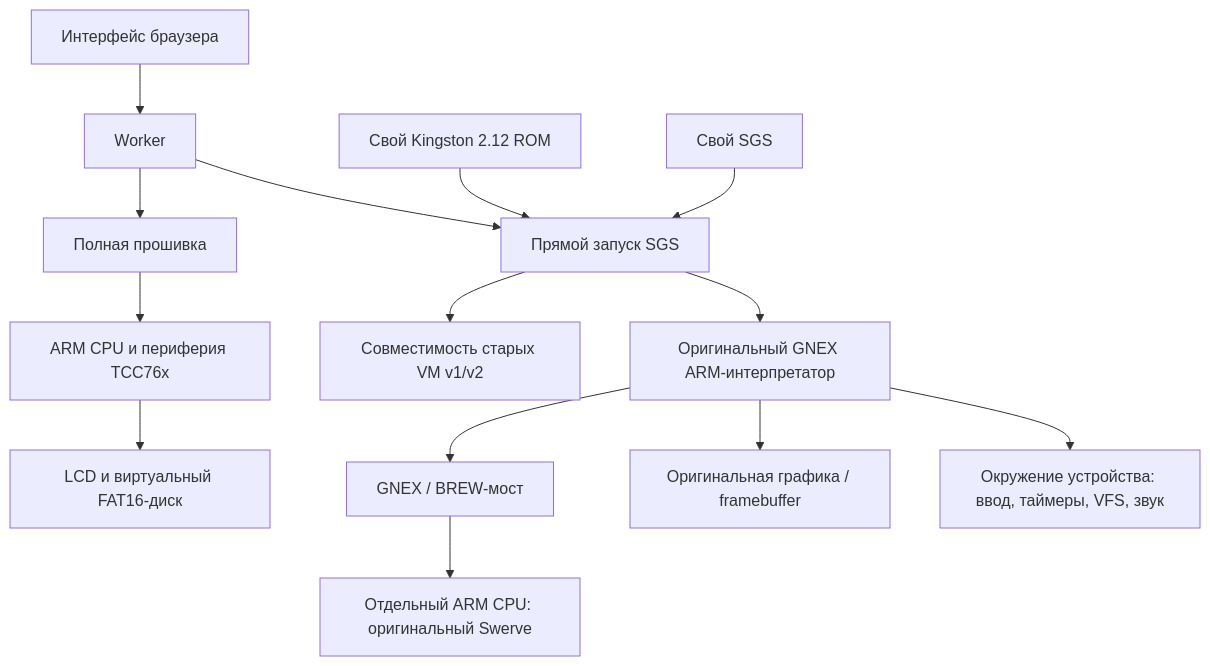
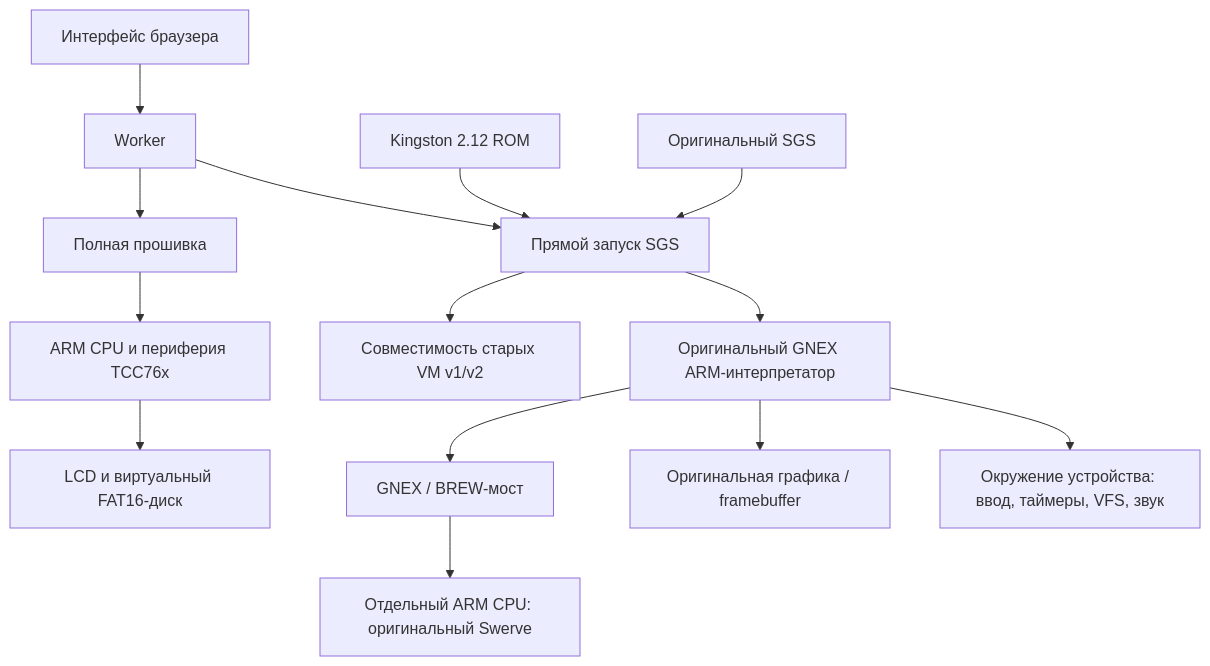
One commit to ALEXGREENCH/KPEX100-Reunion changed the diagram in doc/architecture.md. Above: the diagram before and after it, drawn with Mermaid. The commit also changed other lines of this file and 91 other files, not shown here.

````diff
--- a/doc/architecture.md
+++ b/doc/architecture.md
@@ -10,16 +10,16 @@
 ```mermaid
 flowchart TD
     UI[Интерфейс браузера] --> Worker[Worker]
     Worker --> Direct[Прямой запуск SGS]
     Worker --> Firmware[Полная прошивка]
-    ROM[Свой Kingston 2.12 ROM] --> Direct
-    SGS[Свой SGS] --> Direct
+    ROM[Kingston 2.12 ROM] --> Direct
+    SGS[Оригинальный SGS] --> Direct
     Direct --> GNEX[Оригинальный GNEX ARM-интерпретатор]
     GNEX --> Profile[Окружение устройства: ввод, таймеры, VFS, звук]
     GNEX --> Pixels[Оригинальная графика / framebuffer]
     Direct --> Legacy[Совместимость старых VM v1/v2]
     Firmware --> ARM[ARM CPU и периферия TCC76x]
     ARM --> LCD[LCD и виртуальный FAT16-диск]
     GNEX --> Bridge[GNEX / BREW-мост]
     Bridge --> Swerve[Отдельный ARM CPU: оригинальный Swerve]
 ```
````
